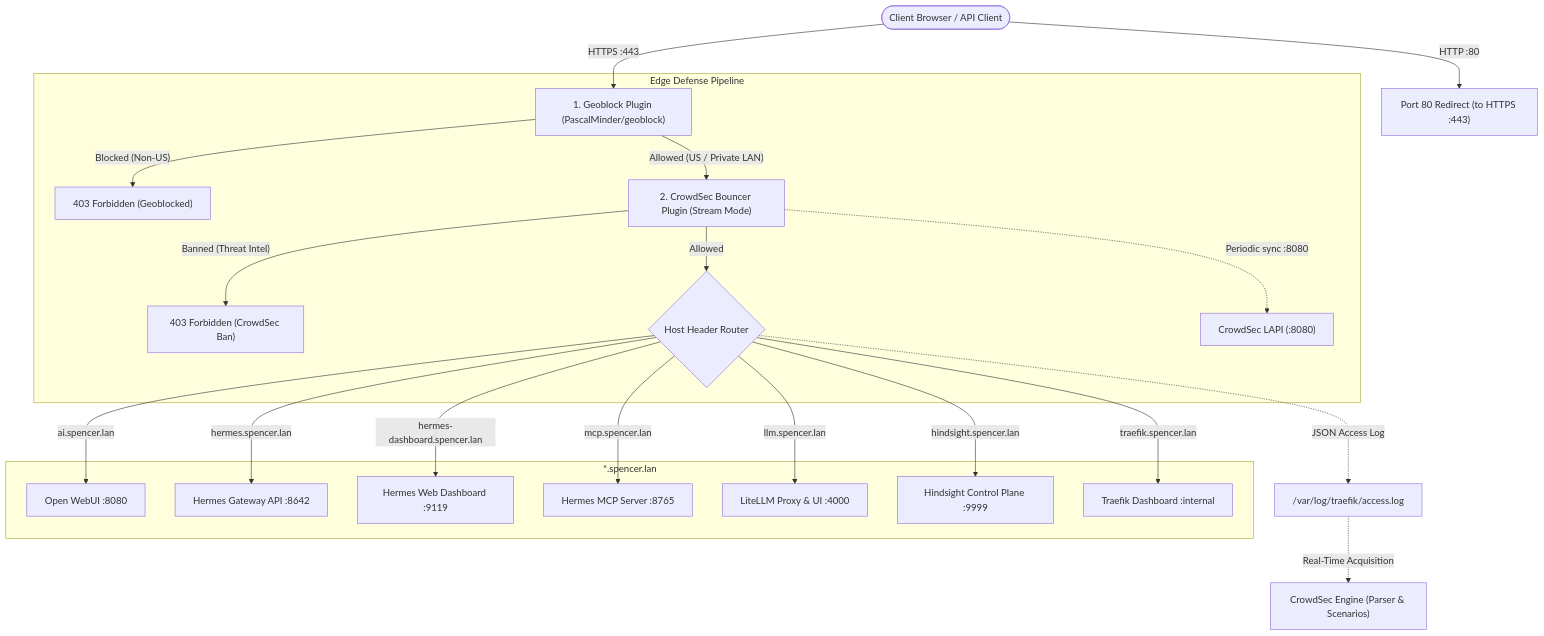
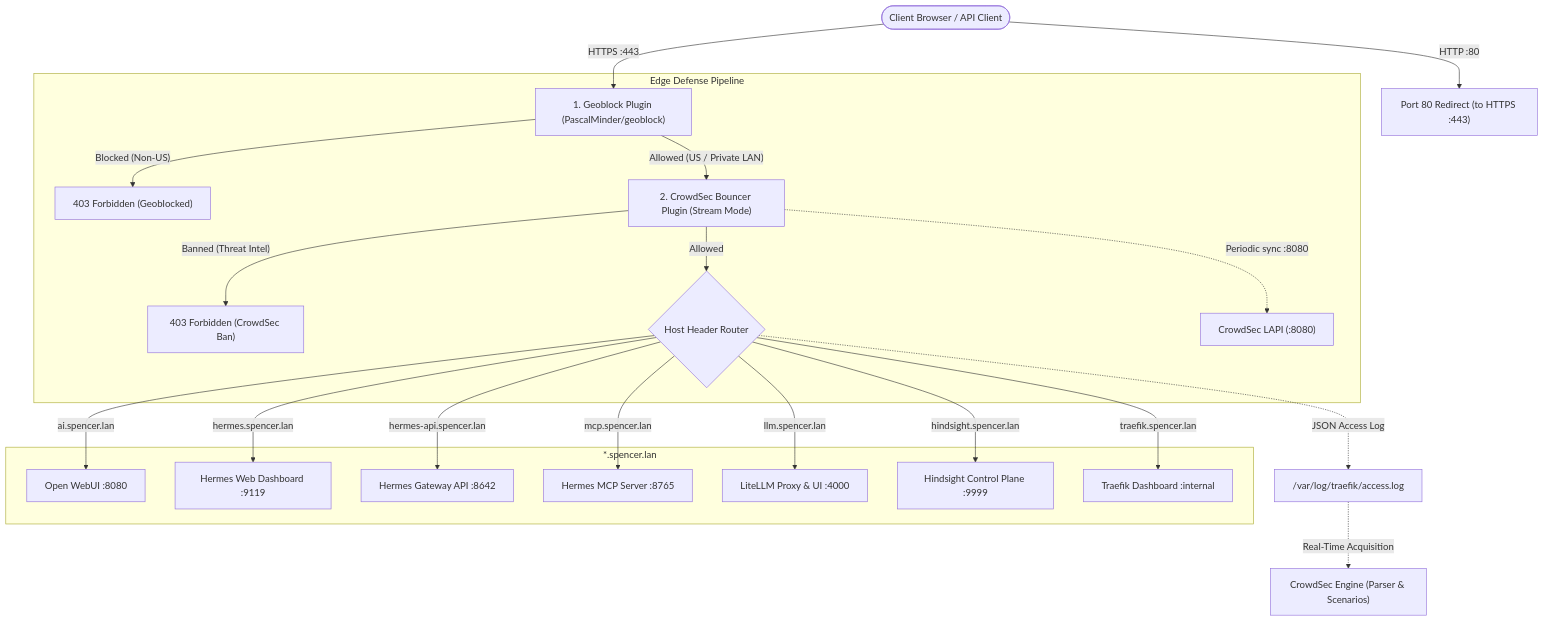
Before and after one commit to jamesbspencer/homelab: the diagram in docs/traefik.md, drawn with Mermaid. The commit also changed 7 other files, not shown here.

````diff
--- a/docs/traefik.md
+++ b/docs/traefik.md
@@ -20,26 +20,26 @@
 ```mermaid
 flowchart TD
     Client([Client Browser / API Client]) -->|HTTP :80| Redirect["Port 80 Redirect (to HTTPS :443)"]
     Client -->|HTTPS :443| Geo["1. Geoblock Plugin (PascalMinder/geoblock)"]
     
     subgraph Edge Defense Pipeline
         Geo -- "Blocked (Non-US)" --> GeoBlock["403 Forbidden (Geoblocked)"]
         Geo -- "Allowed (US / Private LAN)" --> Bouncer["2. CrowdSec Bouncer Plugin (Stream Mode)"]
         Bouncer -- "Banned (Threat Intel)" --> CSBlock["403 Forbidden (CrowdSec Ban)"]
         Bouncer -- "Allowed" --> Router{"Host Header Router"}
         Bouncer -.->|Periodic sync :8080| LAPI["CrowdSec LAPI (:8080)"]
     end
 
     subgraph Service Routing [*.spencer.lan]
         Router -->|ai.spencer.lan| OpenWebUI[Open WebUI :8080]
-        Router -->|hermes.spencer.lan| HermesGateway[Hermes Gateway API :8642]
-        Router -->|hermes-dashboard.spencer.lan| HermesDash[Hermes Web Dashboard :9119]
+        Router -->|hermes.spencer.lan| HermesDash[Hermes Web Dashboard :9119]
+        Router -->|hermes-api.spencer.lan| HermesGateway[Hermes Gateway API :8642]
         Router -->|mcp.spencer.lan| HermesMCP[Hermes MCP Server :8765]
         Router -->|llm.spencer.lan| LiteLLM[LiteLLM Proxy & UI :4000]
         Router -->|hindsight.spencer.lan| HindsightUI[Hindsight Control Plane :9999]
         Router -->|traefik.spencer.lan| TraefikDash[Traefik Dashboard :internal]
     end
 
     Router -.->|JSON Access Log| AccessLog["/var/log/traefik/access.log"]
     AccessLog -.->|Real-Time Acquisition| CrowdSecEngine["CrowdSec Engine (Parser & Scenarios)"]
 ```
````
